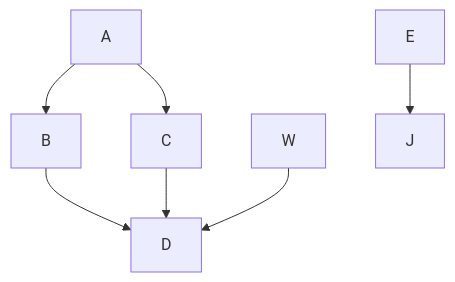
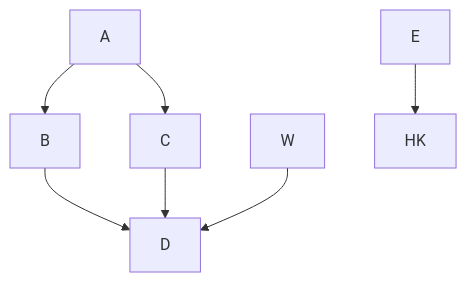
One commit to neenjaw/mermaid-markdown-test changed the first of 2 diagrams in test/flow_inline.md. Above: the diagram before and after it, drawn with Mermaid.

````diff
--- a/test/flow_inline.md
+++ b/test/flow_inline.md
@@ -5,10 +5,10 @@
 ```mermaid
 graph TD;
     A-->B;
     A-->C;
     B-->D;
     C-->D;
     W-->D;
-    E-->J;
+    E-->HK;
 
 ```
````
